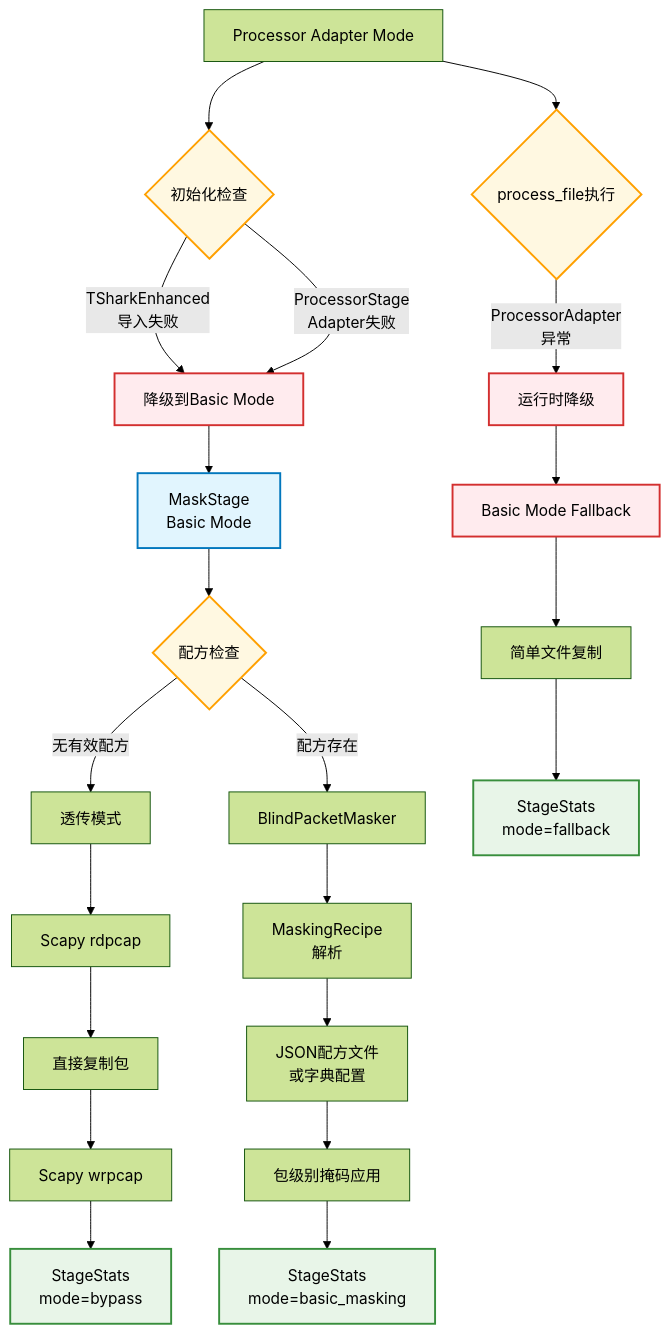
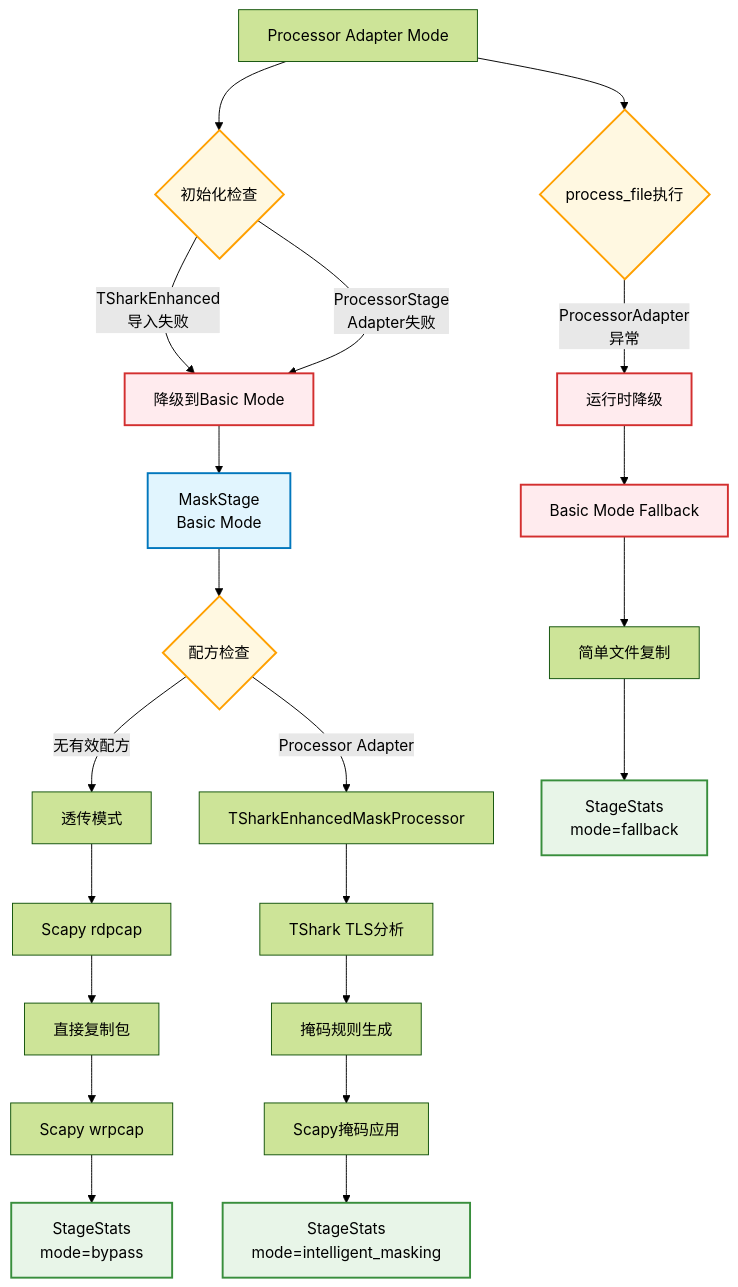
Before and after one commit to rickypin/PktMask: the second of 6 diagrams in 组件依赖与数据流图.md, drawn with Mermaid (forest theme). The commit also changed 20 other files, not shown here.

````diff
--- a/组件依赖与数据流图.md
+++ b/组件依赖与数据流图.md
@@ -119,43 +119,43 @@
 ```mermaid
 graph TD
     %% === 降级触发点 ===
     A[Processor Adapter Mode] --> B{初始化检查}
     B -->|TSharkEnhanced<br/>导入失败| C[降级到Basic Mode]
     B -->|ProcessorStage<br/>Adapter失败| C
     
     %% === Basic Mode 链路 ===
     C --> D[MaskStage<br/>Basic Mode]
     D --> E{配方检查}
     
     %% === 透传模式 ===
     E -->|无有效配方| F[透传模式]
     F --> F1[Scapy rdpcap]
     F1 --> F2[直接复制包]
     F2 --> F3[Scapy wrpcap]
     F3 --> F4[StageStats<br/>mode=bypass]
     
-    %% === 掩码模式 ===
-    E -->|配方存在| G[BlindPacketMasker]
-    G --> G1[MaskingRecipe<br/>解析]
-    G1 --> G2[JSON配方文件<br/>或字典配置]
-    G2 --> G3[包级别掩码应用]
-    G3 --> G4[StageStats<br/>mode=basic_masking]
+    %% === 智能处理模式 ===
+    E -->|Processor Adapter| G[TSharkEnhancedMaskProcessor]
+    G --> G1[TShark TLS分析]
+    G1 --> G2[掩码规则生成]
+    G2 --> G3[Scapy掩码应用]
+    G3 --> G4[StageStats<br/>mode=intelligent_masking]
     
     %% === 执行时降级 ===
     A --> H{process_file执行}
     H -->|ProcessorAdapter<br/>异常| I[运行时降级]
     I --> J[Basic Mode Fallback]
     J --> J1[简单文件复制]
     J1 --> J2[StageStats<br/>mode=fallback]
     
     %% === 样式定义 ===
     classDef stageNode fill:#e1f5fe,stroke:#0277bd,stroke-width:2px
     classDef fallbackNode fill:#ffebee,stroke:#d32f2f,stroke-width:2px
     classDef dataNode fill:#e8f5e8,stroke:#388e3c,stroke-width:2px
     classDef configNode fill:#fff8e1,stroke:#ffa000,stroke-width:2px
     
     class D stageNode
     class C,I,J fallbackNode
     class F4,G4,J2 dataNode
     class B,E,H configNode
 ```
````
